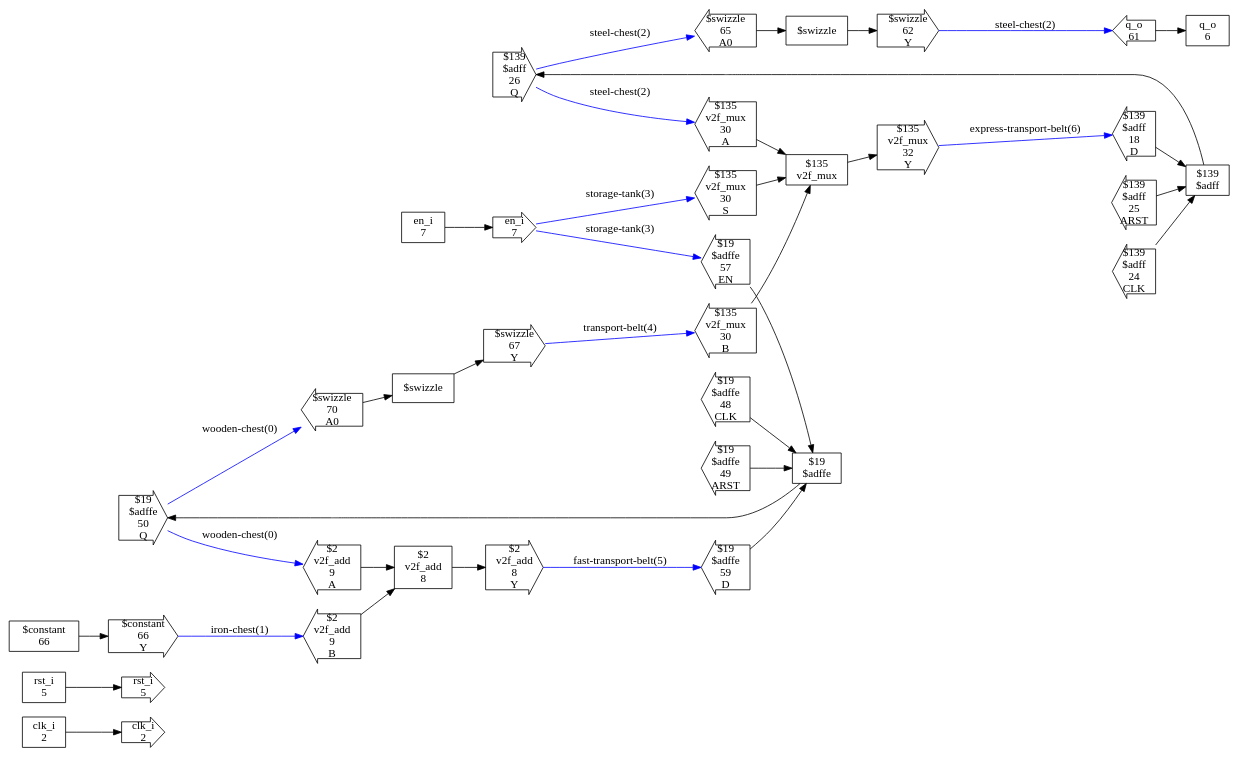
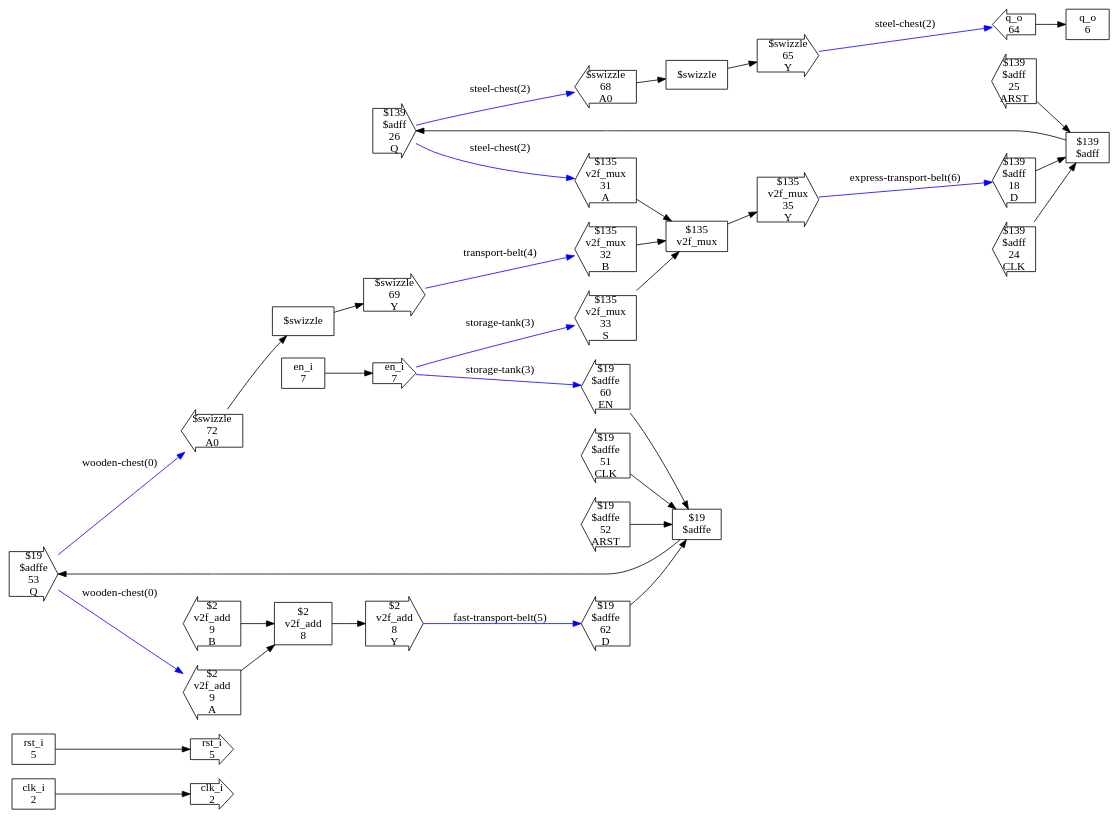
Before and after one commit to ben-j-c/verilog2factorio: the diagram in test_designs/counter32_pt2/checked_design.dot, drawn with Graphviz. The commit also changed 23 other files, not shown here.

```diff
--- a/test_designs/counter32_pt2/checked_design.dot
+++ b/test_designs/counter32_pt2/checked_design.dot
@@ -1,147 +1,140 @@
 digraph CheckedDesign {
   rankdir=LR
   n0[shape=box,label="clk_i
 2"]
   n1[shape=box,label="rst_i
 5"]
   n2[shape=box,label="q_o
 6"]
   n3[shape=box,label="en_i
 7"]
   n4[shape=box,label="$2
 v2f_add
 8"]
   n5[shape=box,label="$139
 $adff"]
   n6[shape=box,label="$135
 v2f_mux"]
   n7[shape=box,label="$19
 $adffe"]
   n8[shape=rarrow,label="clk_i
 2"]
   n9[shape=rarrow,label="rst_i
 5"]
   n10[shape=larrow,label="q_o
-61"]
+64"]
   n11[shape=rarrow,label="en_i
 7"]
   n12[shape=larrow,label="$2
 v2f_add
 9
 A"]
   n13[shape=larrow,label="$2
 v2f_add
 9
 B"]
   n14[shape=rarrow,label="$2
 v2f_add
 8
 Y"]
   n15[shape=larrow,label="$139
 $adff
 18
 D"]
   n16[shape=larrow,label="$139
 $adff
 24
 CLK"]
   n17[shape=larrow,label="$139
 $adff
 25
 ARST"]
   n18[shape=rarrow,label="$139
 $adff
 26
 Q"]
   n19[shape=larrow,label="$135
 v2f_mux
-30
+31
 A"]
   n20[shape=larrow,label="$135
 v2f_mux
-30
+32
 B"]
   n21[shape=larrow,label="$135
 v2f_mux
-30
+33
 S"]
   n22[shape=rarrow,label="$135
 v2f_mux
-32
+35
 Y"]
   n23[shape=larrow,label="$19
 $adffe
-59
+62
 D"]
   n24[shape=larrow,label="$19
 $adffe
-48
+51
 CLK"]
   n25[shape=larrow,label="$19
 $adffe
-57
+60
 EN"]
   n26[shape=larrow,label="$19
 $adffe
-49
+52
 ARST"]
   n27[shape=rarrow,label="$19
 $adffe
-50
+53
 Q"]
   n28[shape=box,label="$swizzle"]
   n29[shape=rarrow,label="$swizzle
-62
+65
 Y"]
   n30[shape=larrow,label="$swizzle
-65
+68
 A0"]
-  n31[shape=box,label="$constant
-66"]
-  n32[shape=rarrow,label="$constant
-66
-Y"]
   n33[shape=box,label="$swizzle"]
   n34[shape=rarrow,label="$swizzle
-67
+69
 Y"]
   n35[shape=larrow,label="$swizzle
-70
+72
 A0"]
   n0 -> n8
   n1 -> n9
   n3 -> n11
   n4 -> n14
   n5 -> n18
   n6 -> n22
   n7 -> n27
   n10 -> n2
   n11 -> n21 [label="storage-tank(3)",syle=bold,color=blue]
   n11 -> n25 [label="storage-tank(3)",syle=bold,color=blue]
   n12 -> n4
   n13 -> n4
   n14 -> n23 [label="fast-transport-belt(5)",syle=bold,color=blue]
   n15 -> n5
   n16 -> n5
   n17 -> n5
   n18 -> n19 [label="steel-chest(2)",syle=bold,color=blue]
   n18 -> n30 [label="steel-chest(2)",syle=bold,color=blue]
   n19 -> n6
   n20 -> n6
   n21 -> n6
   n22 -> n15 [label="express-transport-belt(6)",syle=bold,color=blue]
   n23 -> n7
   n24 -> n7
   n25 -> n7
   n26 -> n7
   n27 -> n12 [label="wooden-chest(0)",syle=bold,color=blue]
   n27 -> n35 [label="wooden-chest(0)",syle=bold,color=blue]
   n28 -> n29
   n29 -> n10 [label="steel-chest(2)",syle=bold,color=blue]
   n30 -> n28
-  n31 -> n32
-  n32 -> n13 [label="iron-chest(1)",syle=bold,color=blue]
   n33 -> n34
   n34 -> n20 [label="transport-belt(4)",syle=bold,color=blue]
   n35 -> n33
 }
```
